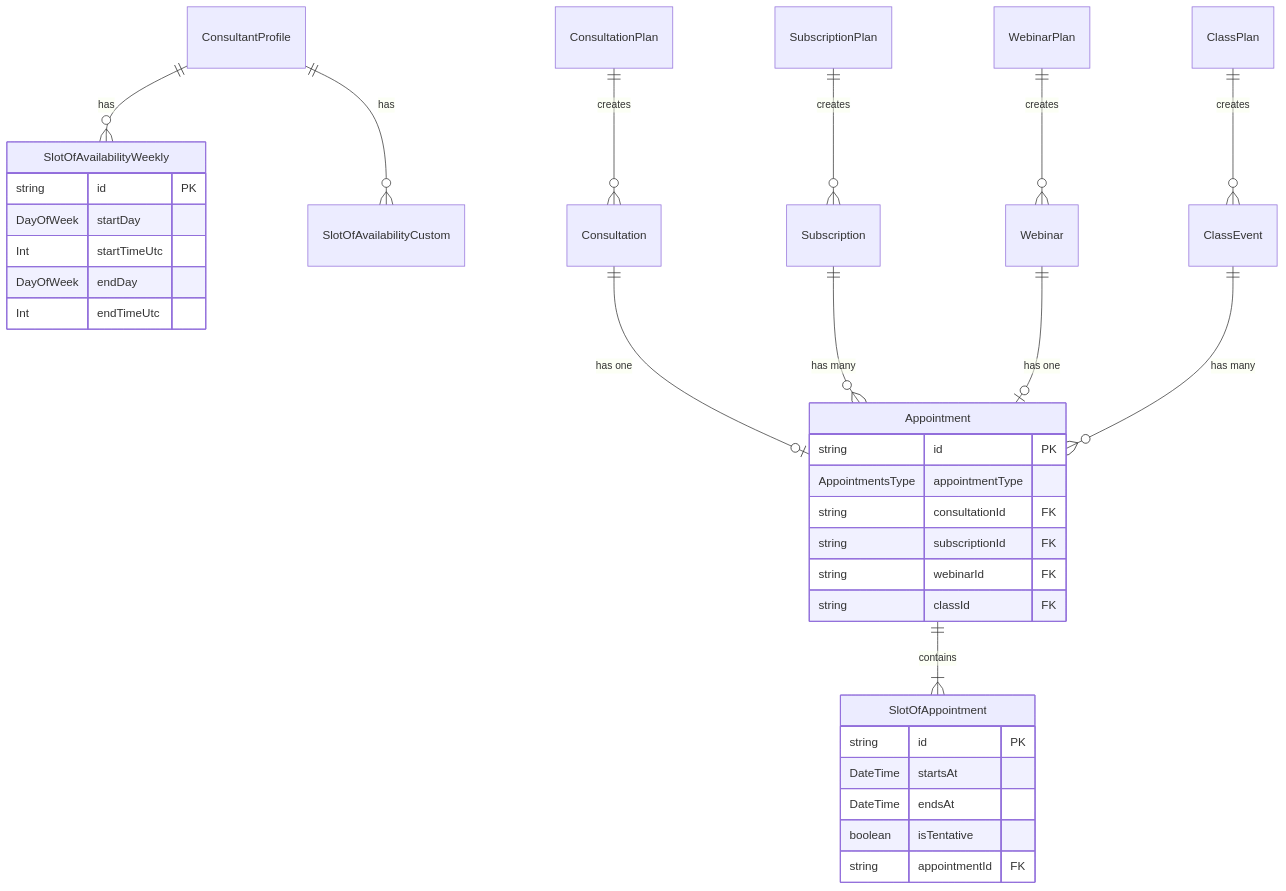
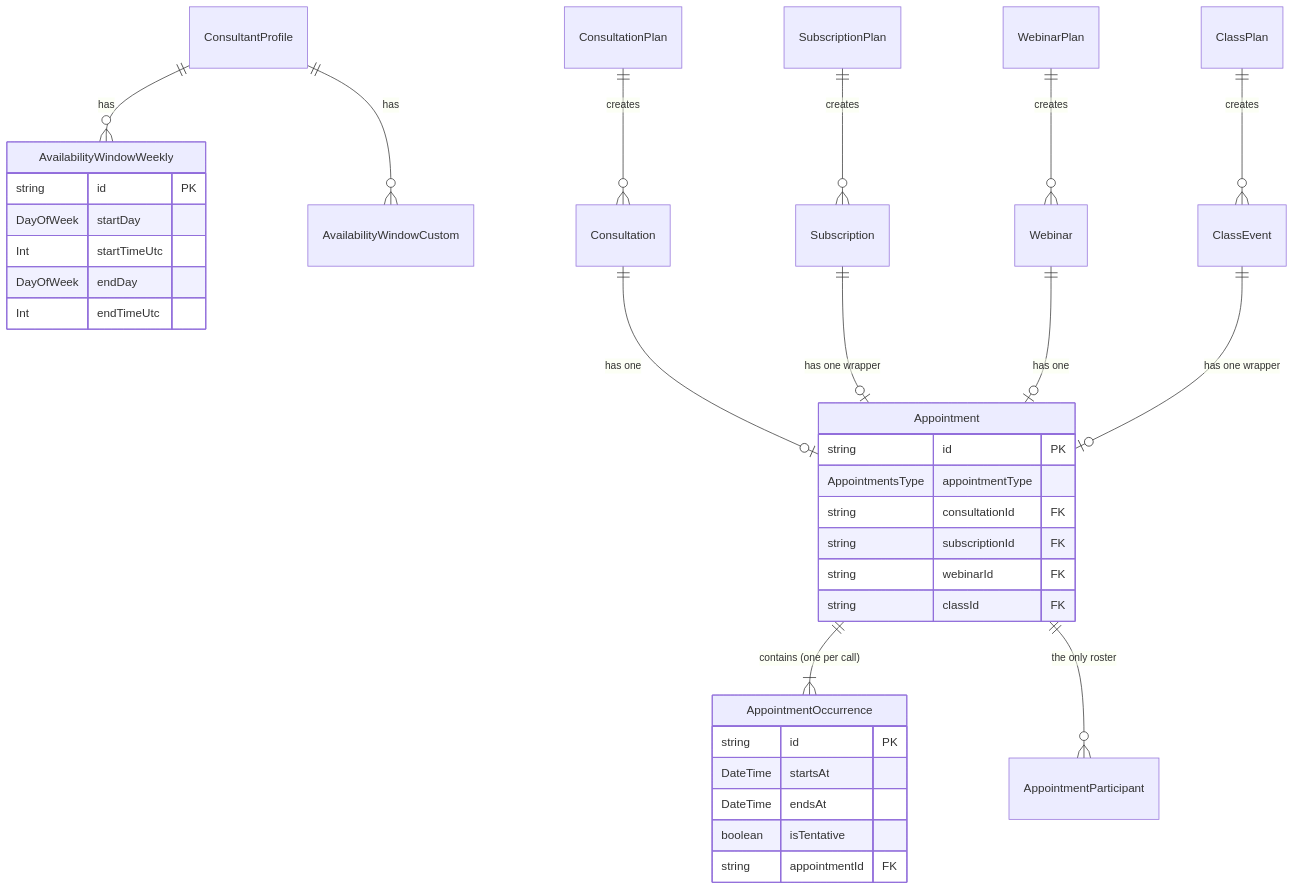
The third of 6 diagrams in docs/booking/01-architecture.md (Practitionist/familiarise_web), drawn with Mermaid before and after one commit. The commit also changed other lines of this file and 711 other files, not shown here.

First line of the commit message:
feat(scheduling): the vocabulary reset — AvailabilityWindow, AppointmentOccurrence, Meeting, Trial; slot and session retired (#1638)

````diff
--- a/docs/booking/01-architecture.md
+++ b/docs/booking/01-architecture.md
@@ -172,42 +174,43 @@
 ```mermaid
 erDiagram
-    ConsultantProfile ||--o{ SlotOfAvailabilityWeekly : has
-    ConsultantProfile ||--o{ SlotOfAvailabilityCustom : has
+    ConsultantProfile ||--o{ AvailabilityWindowWeekly : has
+    ConsultantProfile ||--o{ AvailabilityWindowCustom : has
 
     ConsultationPlan ||--o{ Consultation : creates
     SubscriptionPlan ||--o{ Subscription : creates
     WebinarPlan ||--o{ Webinar : creates
     ClassPlan ||--o{ ClassEvent : creates
 
     Consultation ||--o| Appointment : "has one"
-    Subscription ||--o{ Appointment : "has many"
+    Subscription ||--o| Appointment : "has one wrapper"
     Webinar ||--o| Appointment : "has one"
-    ClassEvent ||--o{ Appointment : "has many"
+    ClassEvent ||--o| Appointment : "has one wrapper"
 
-    Appointment ||--|{ SlotOfAppointment : contains
+    Appointment ||--|{ AppointmentOccurrence : "contains (one per call)"
+    Appointment ||--o{ AppointmentParticipant : "the only roster"
 
-    SlotOfAvailabilityWeekly {
+    AvailabilityWindowWeekly {
         string id PK
         DayOfWeek startDay
         Int startTimeUtc
         DayOfWeek endDay
         Int endTimeUtc
     }
 
     Appointment {
         string id PK
         AppointmentsType appointmentType
         string consultationId FK
         string subscriptionId FK
         string webinarId FK
         string classId FK
     }
 
-    SlotOfAppointment {
+    AppointmentOccurrence {
         string id PK
         DateTime startsAt
         DateTime endsAt
         boolean isTentative
         string appointmentId FK
     }
 ```
````
